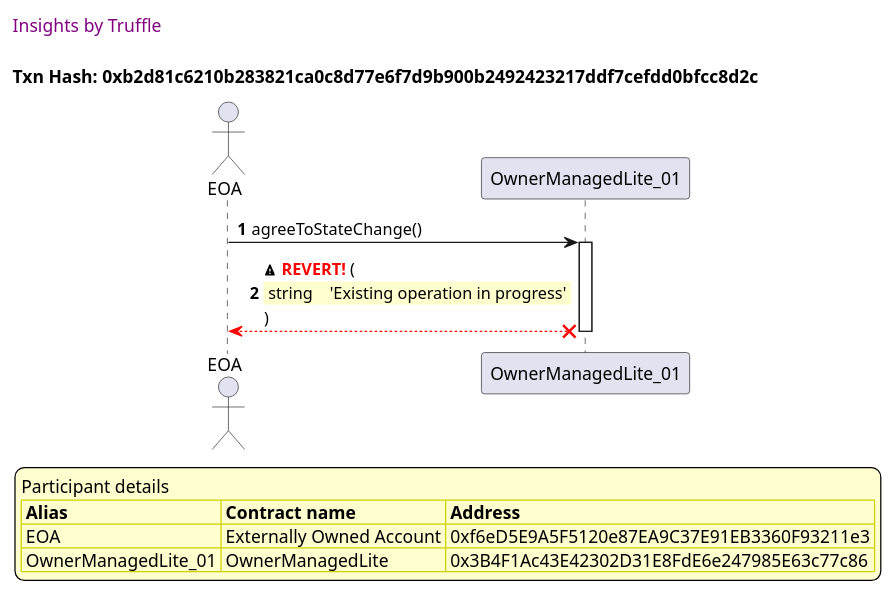
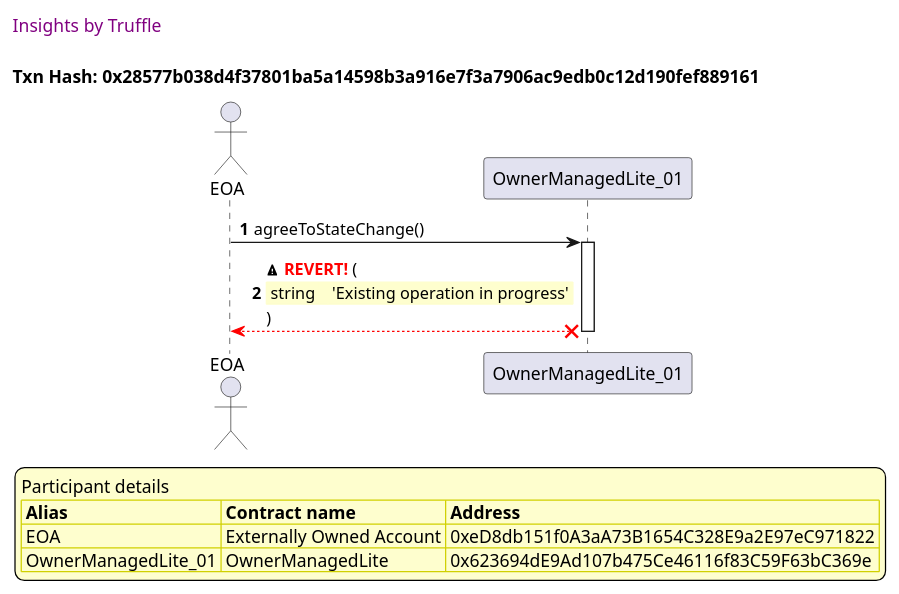
Before and after one commit to thedarkjester/ConsensysAssignment: the third of 15 diagrams in truffle-seq/OwnerManagedLite_test_agree_to_state_change.md, drawn with PlantUML. The commit also changed other lines of this file and 13 other files, not shown here.

````diff
--- a/truffle-seq/OwnerManagedLite_test_agree_to_state_change.md
+++ b/truffle-seq/OwnerManagedLite_test_agree_to_state_change.md
@@ -103,40 +103,40 @@
 ```plantuml
 
 
 @startuml
 
 autonumber
 skinparam legendBackgroundColor #FEFECE
 
 <style>
       header {
         HorizontalAlignment left
         FontColor purple
         FontSize 14
         Padding 10
       }
     </style>
 
 header Insights by Truffle
 
-title Txn Hash: 0xb2d81c6210b283821ca0c8d77e6f7d9b900b2492423217ddf7cefdd0bfcc8d2c
+title Txn Hash: 0x28577b038d4f37801ba5a14598b3a916e7f3a7906ac9edb0c12d190fef889161
 
 
 actor EOA as "EOA"
 participant OwnerManagedLite_01 as "OwnerManagedLite_01"
 
 "EOA" -> "OwnerManagedLite_01" ++: agreeToStateChange()
 "OwnerManagedLite_01" x-[#red]-> "EOA" --: <&warning> <color #red>**REVERT!**</color> (\n\
 <#FEFECE,#FEFECE>| string |  | 'Existing operation in progress' |\n\
 )
 deactivate "OwnerManagedLite_01"
 
 legend
 Participant details
 <#FEFECE,#D0D000>|= Alias |= Contract name |= Address |
-<#FEFECE>| EOA | Externally Owned Account | 0xf6eD5E9A5F5120e87EA9C37E91EB3360F93211e3 |
-<#FEFECE>| OwnerManagedLite_01 | OwnerManagedLite | 0x3B4F1Ac43E42302D31E8FdE6e247985E63c77c86 |
+<#FEFECE>| EOA | Externally Owned Account | 0xeD8db151f0A3aA73B1654C328E9a2E97eC971822 |
+<#FEFECE>| OwnerManagedLite_01 | OwnerManagedLite | 0x623694dE9Ad107b475Ce46116f83C59F63bC369e |
 endlegend
 
 @enduml
 ```
````
